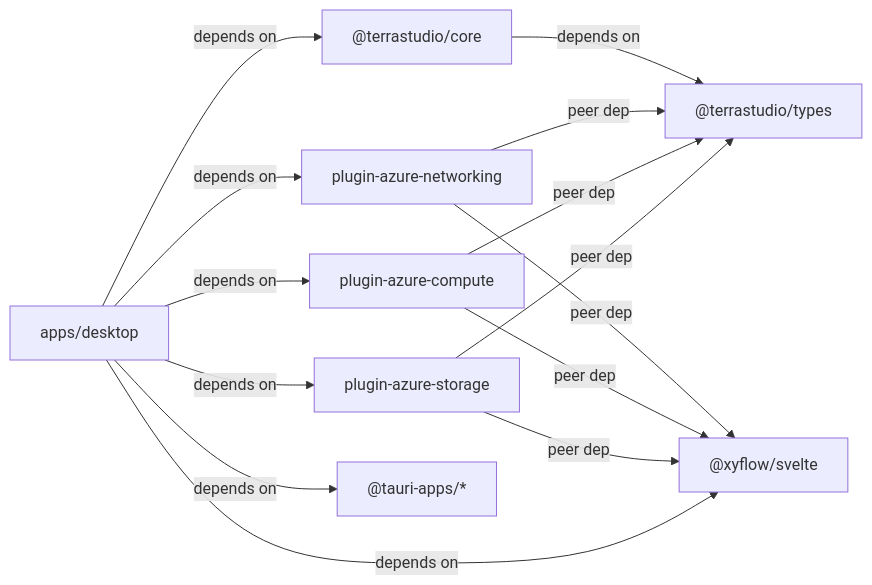
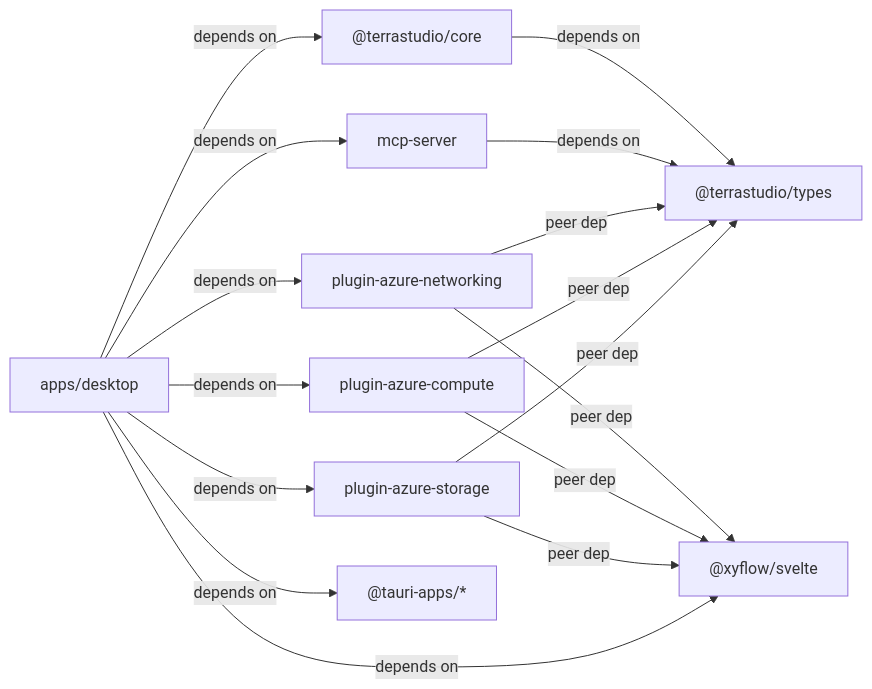
One commit to afroze9/terrastudio changed the second of 2 diagrams in docs/project-structure.md. Above: the diagram before and after it, drawn with Mermaid. The commit also changed other lines of this file and 8 other files, not shown here.

````diff
--- a/docs/project-structure.md
+++ b/docs/project-structure.md
@@ -235,23 +274,25 @@
 ```mermaid
 graph LR
     TYPES["@terrastudio/types"]
     CORE["@terrastudio/core"]
     PN["plugin-azure-networking"]
     PC["plugin-azure-compute"]
     PS["plugin-azure-storage"]
     APP["apps/desktop"]
 
     CORE -->|depends on| TYPES
+    MCP["mcp-server"] -->|depends on| TYPES
     PN -->|peer dep| TYPES
     PC -->|peer dep| TYPES
     PS -->|peer dep| TYPES
     PN -->|peer dep| XYFLOW["@xyflow/svelte"]
     PC -->|peer dep| XYFLOW
     PS -->|peer dep| XYFLOW
     APP -->|depends on| CORE
+    APP -->|depends on| MCP
     APP -->|depends on| PN
     APP -->|depends on| PC
     APP -->|depends on| PS
     APP -->|depends on| XYFLOW
     APP -->|depends on| TAURI["@tauri-apps/*"]
 ```
````
